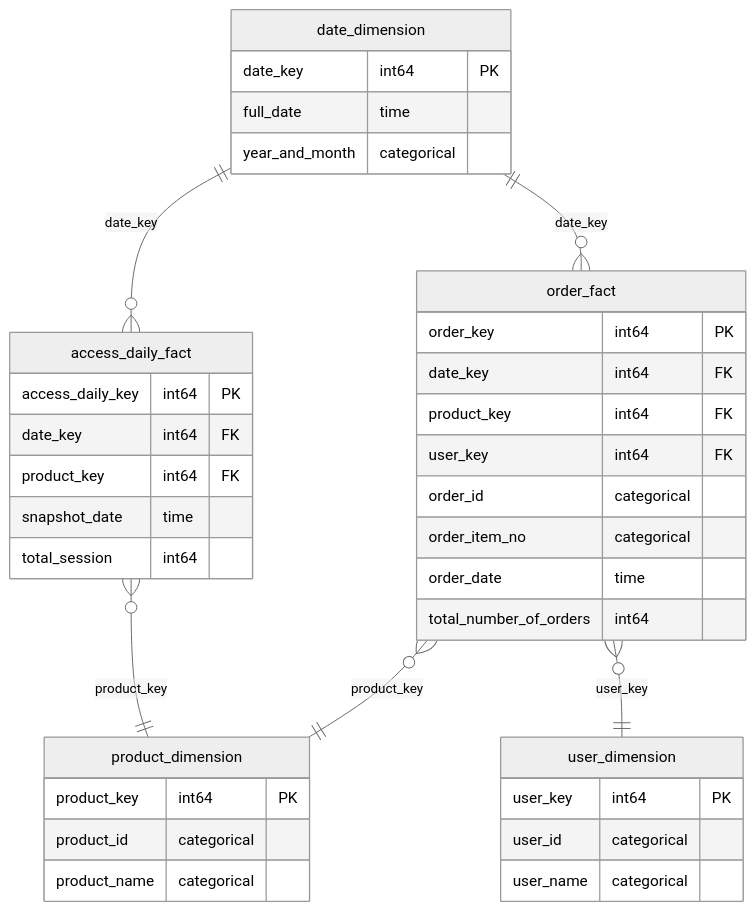
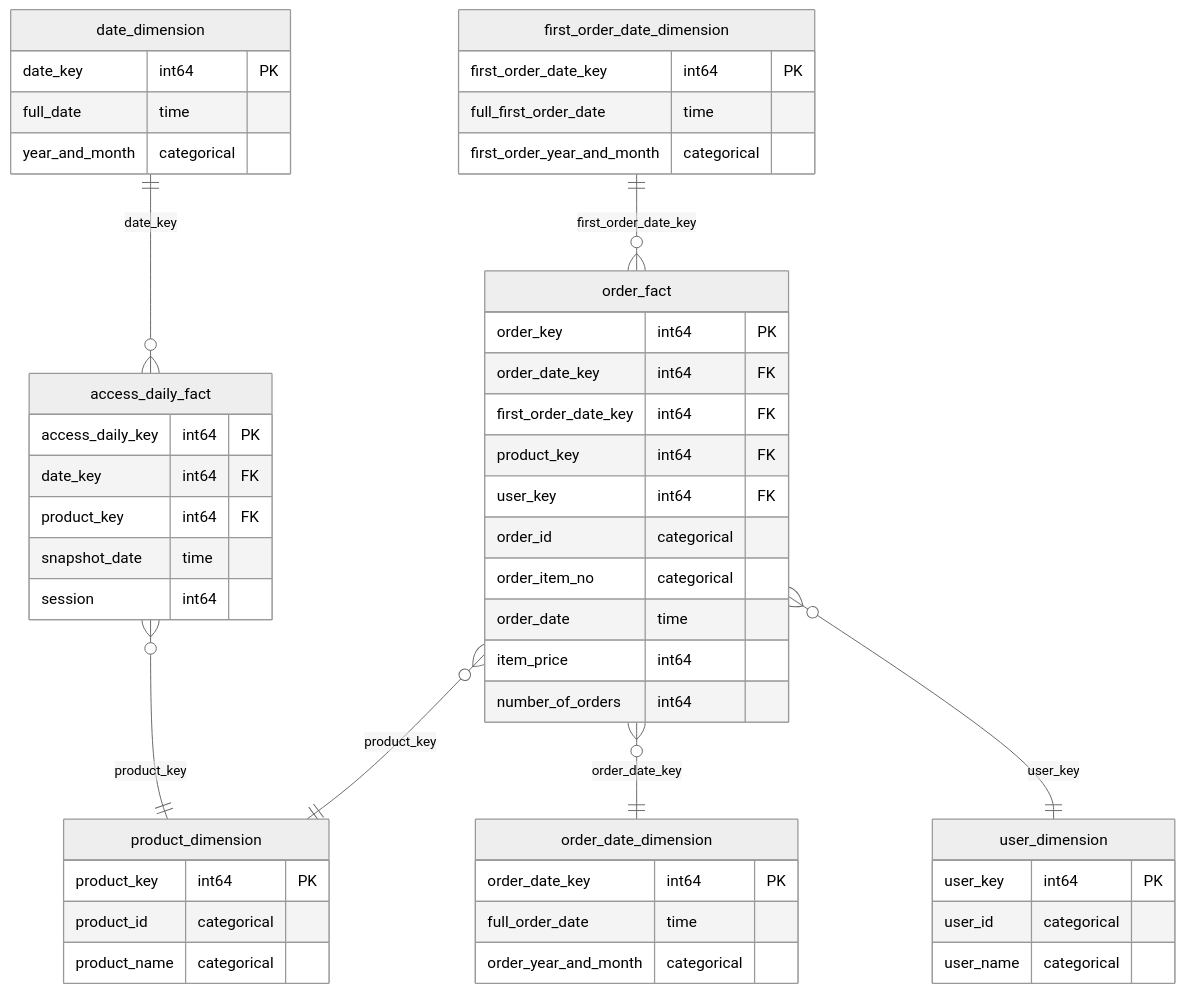
One commit to tanuuuuuuu/dbt-semantic-erd changed the fourth of 4 diagrams in README.md. Above: the diagram before and after it, drawn with Mermaid. The commit also changed other lines of this file and 11 other files, not shown here.

````diff
--- a/README.md
+++ b/README.md
@@ -5,57 +288,72 @@
 ```mermaid
 erDiagram
 
 access_daily_fact {
   access_daily_key int64 PK
   date_key int64 FK
   product_key int64 FK
   snapshot_date time
-  total_session int64
+  session int64
 }
 
 date_dimension {
   date_key int64 PK
   full_date time
   year_and_month categorical
 }
 
+first_order_date_dimension {
+  first_order_date_key int64 PK
+  full_first_order_date time
+  first_order_year_and_month categorical
+}
+
+order_date_dimension {
+  order_date_key int64 PK
+  full_order_date time
+  order_year_and_month categorical
+}
+
 order_fact {
   order_key int64 PK
-  date_key int64 FK
+  order_date_key int64 FK
+  first_order_date_key int64 FK
   product_key int64 FK
   user_key int64 FK
   order_id categorical
   order_item_no categorical
   order_date time
-  total_number_of_orders int64
+  item_price int64
+  number_of_orders int64
 }
 
 product_dimension {
   product_key int64 PK
   product_id categorical
   product_name categorical
 }
 
 user_dimension {
   user_key int64 PK
   user_id categorical
   user_name categorical
 }
 
 date_dimension ||--o{ access_daily_fact : "date_key"
 access_daily_fact }o--|| product_dimension : "product_key"
-date_dimension ||--o{ order_fact : "date_key"
+order_fact }o--|| order_date_dimension : "order_date_key"
+first_order_date_dimension ||--o{ order_fact : "first_order_date_key"
 order_fact }o--|| product_dimension : "product_key"
 order_fact }o--|| user_dimension : "user_key"
 
 %%{init: {
   "theme": "neutral",
   "themeCSS": [
     ".er.relationshipLabel { fill: black; }",
     ".er.relationshipLabelBox { fill: white; }",
     ".er.entityBox { fill: light; }",
     "[id*=dimension] .er.entityBox { fill: #ffbf00; }",
     "[id*=fact] .er.entityBox { fill: lightblue; }"
   ]
 }}%%
 ```
````
